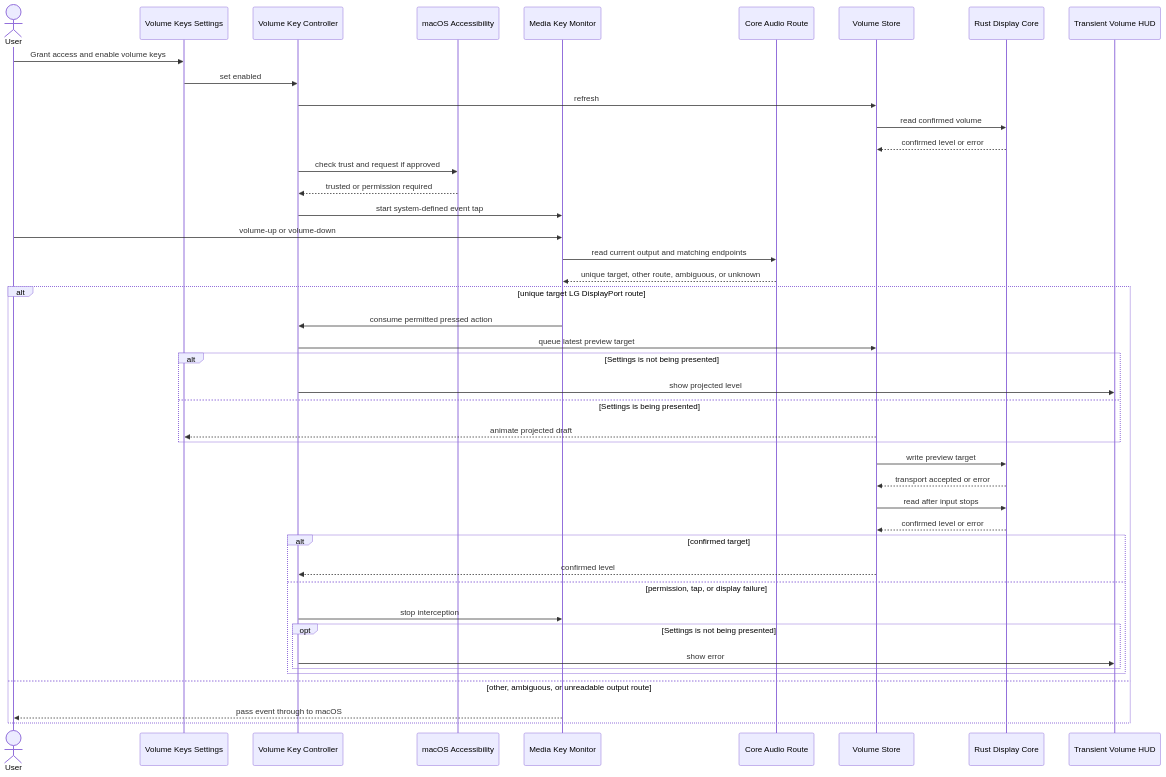
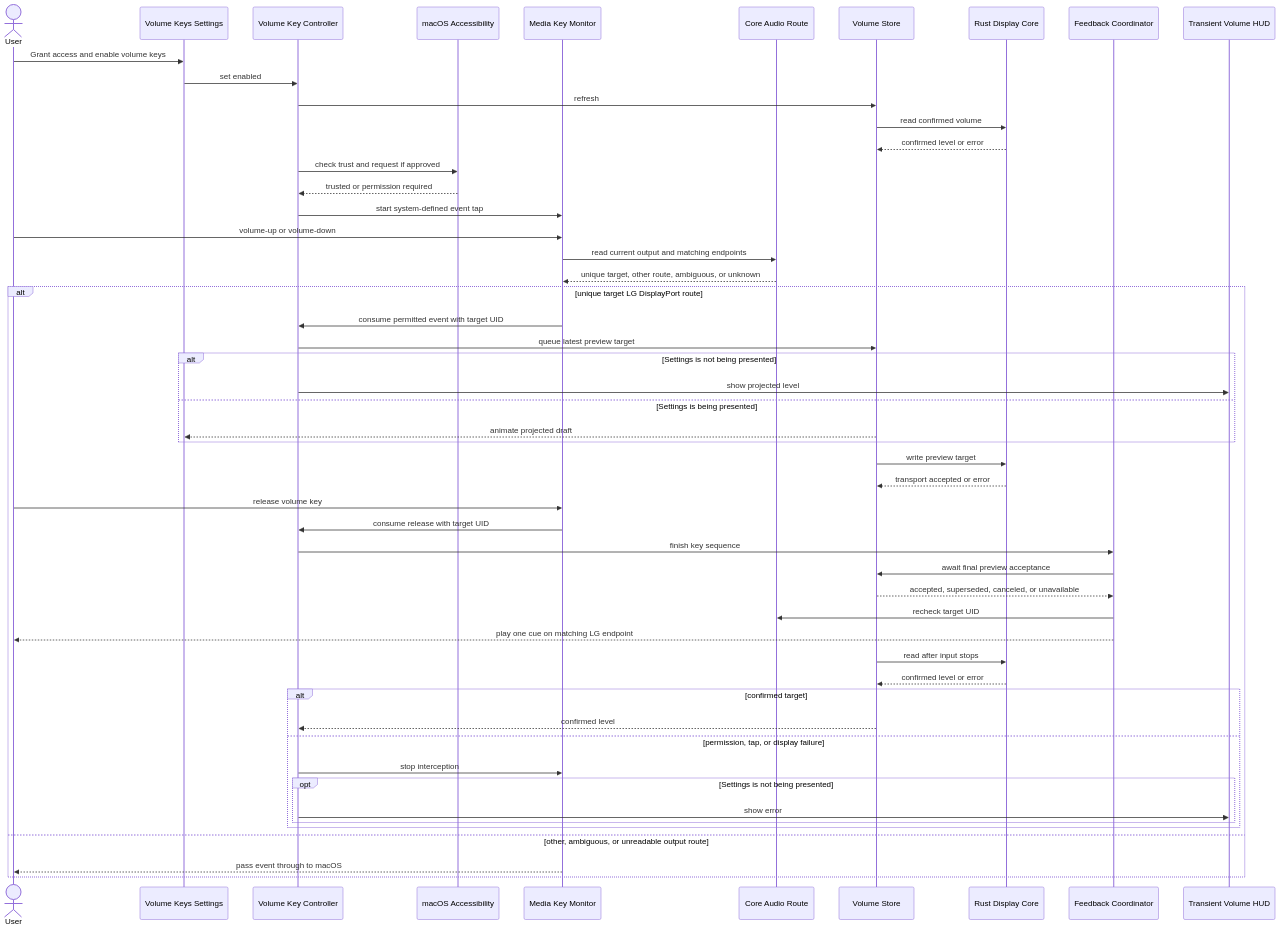
Before and after one commit to acg-box/deskhelm: the third of 3 diagrams in openwiki/architecture-and-runtime.md, drawn with Mermaid. The commit also changed other lines of this file and 16 other files, not shown here.

Commit message:
{"schema":"decodex/commit/2","change":"Add native-style volume feedback","authority":"manual","impact":"compatible"}

````diff
--- a/openwiki/architecture-and-runtime.md
+++ b/openwiki/architecture-and-runtime.md
@@ -182,47 +182,55 @@
 ```mermaid
 sequenceDiagram
     actor User
     participant Settings as Volume Keys Settings
     participant VKC as Volume Key Controller
     participant AX as macOS Accessibility
     participant Tap as Media Key Monitor
     participant Audio as Core Audio Route
     participant Store as Volume Store
     participant Core as Rust Display Core
+    participant Feedback as Feedback Coordinator
     participant HUD as Transient Volume HUD
 
     User->>Settings: Grant access and enable volume keys
     Settings->>VKC: set enabled
     VKC->>Store: refresh
     Store->>Core: read confirmed volume
     Core-->>Store: confirmed level or error
     VKC->>AX: check trust and request if approved
     AX-->>VKC: trusted or permission required
     VKC->>Tap: start system-defined event tap
     User->>Tap: volume-up or volume-down
     Tap->>Audio: read current output and matching endpoints
     Audio-->>Tap: unique target, other route, ambiguous, or unknown
     alt unique target LG DisplayPort route
-        Tap->>VKC: consume permitted pressed action
+        Tap->>VKC: consume permitted event with target UID
         VKC->>Store: queue latest preview target
         alt Settings is not being presented
             VKC->>HUD: show projected level
         else Settings is being presented
             Store-->>Settings: animate projected draft
         end
         Store->>Core: write preview target
         Core-->>Store: transport accepted or error
+        User->>Tap: release volume key
+        Tap->>VKC: consume release with target UID
+        VKC->>Feedback: finish key sequence
+        Feedback->>Store: await final preview acceptance
+        Store-->>Feedback: accepted, superseded, canceled, or unavailable
+        Feedback->>Audio: recheck target UID
+        Feedback-->>User: play one cue on matching LG endpoint
         Store->>Core: read after input stops
         Core-->>Store: confirmed level or error
         alt confirmed target
             Store-->>VKC: confirmed level
         else permission, tap, or display failure
             VKC->>Tap: stop interception
             opt Settings is not being presented
                 VKC->>HUD: show error
             end
         end
     else other, ambiguous, or unreadable output route
         Tap-->>User: pass event through to macOS
     end
 ```
````
